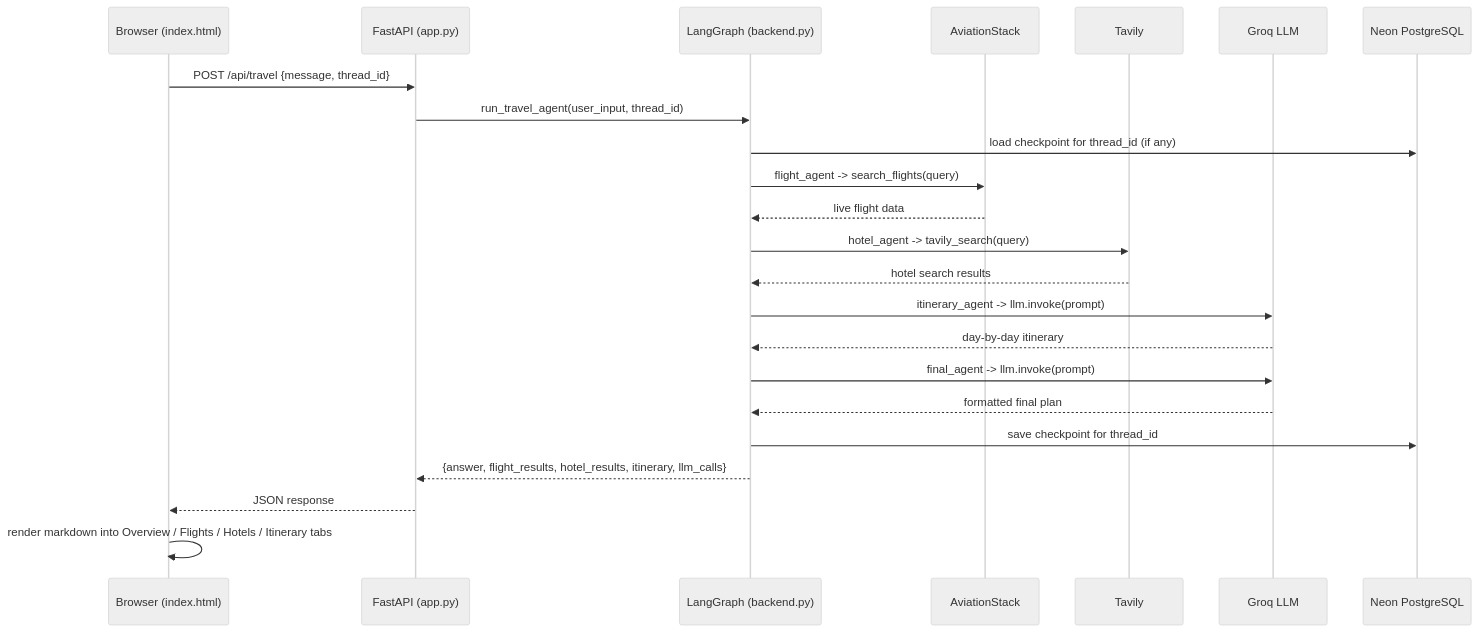
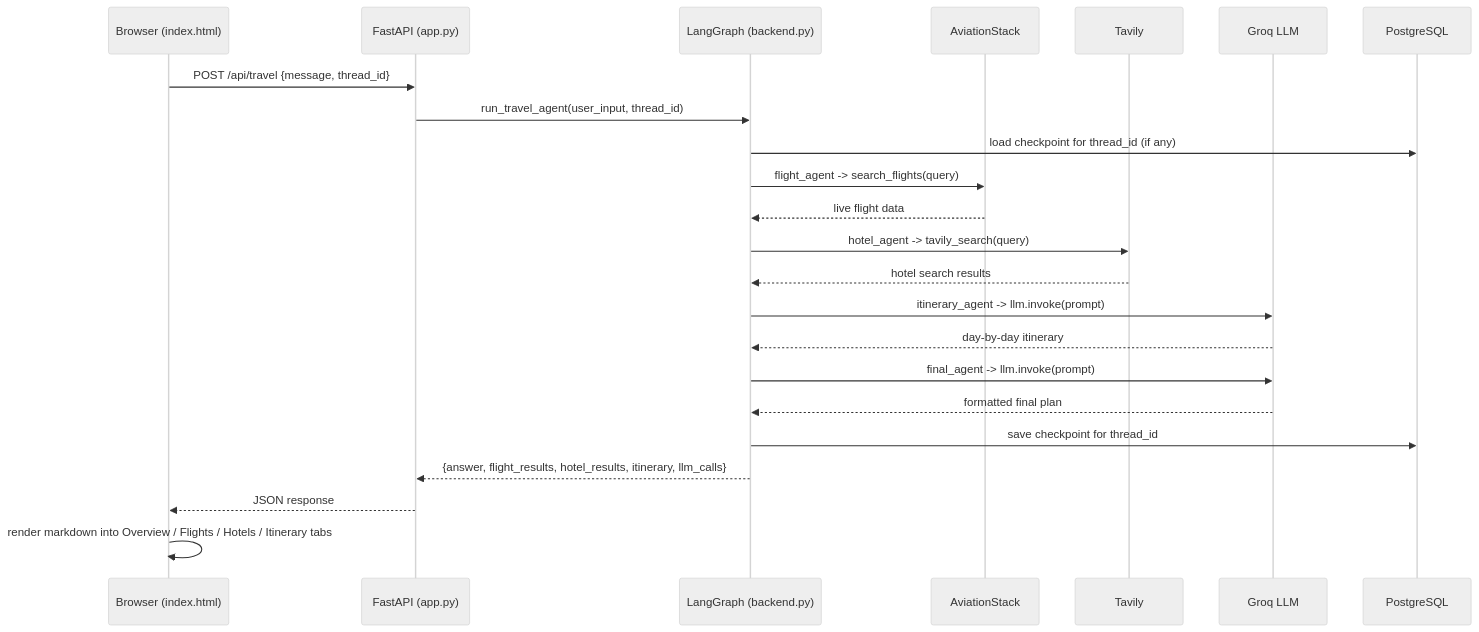
Before and after one commit to GrrrGe/Voyagent: the second of 2 diagrams in README.md, drawn with Mermaid (neutral theme). The commit also changed other lines of this file, not shown here.

````diff
--- a/README.md
+++ b/README.md
@@ -128,26 +124,26 @@
 ```mermaid
 sequenceDiagram
     participant U as Browser (index.html)
     participant F as FastAPI (app.py)
     participant G as LangGraph (backend.py)
     participant AV as AviationStack
     participant TV as Tavily
     participant GQ as Groq LLM
-    participant DB as Neon PostgreSQL
+    participant DB as PostgreSQL
 
     U->>F: POST /api/travel {message, thread_id}
     F->>G: run_travel_agent(user_input, thread_id)
     G->>DB: load checkpoint for thread_id (if any)
     G->>AV: flight_agent -> search_flights(query)
     AV-->>G: live flight data
     G->>TV: hotel_agent -> tavily_search(query)
     TV-->>G: hotel search results
     G->>GQ: itinerary_agent -> llm.invoke(prompt)
     GQ-->>G: day-by-day itinerary
     G->>GQ: final_agent -> llm.invoke(prompt)
     GQ-->>G: formatted final plan
     G->>DB: save checkpoint for thread_id
     G-->>F: {answer, flight_results, hotel_results, itinerary, llm_calls}
     F-->>U: JSON response
     U->>U: render markdown into Overview / Flights / Hotels / Itinerary tabs
 ```
````
